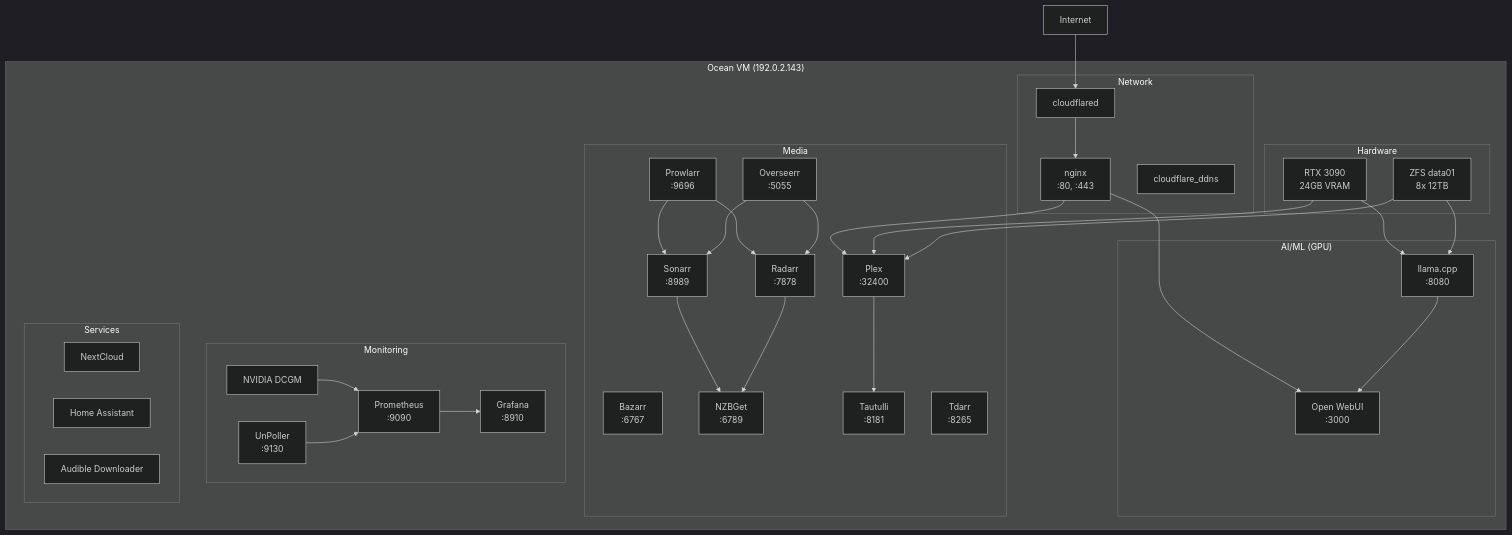
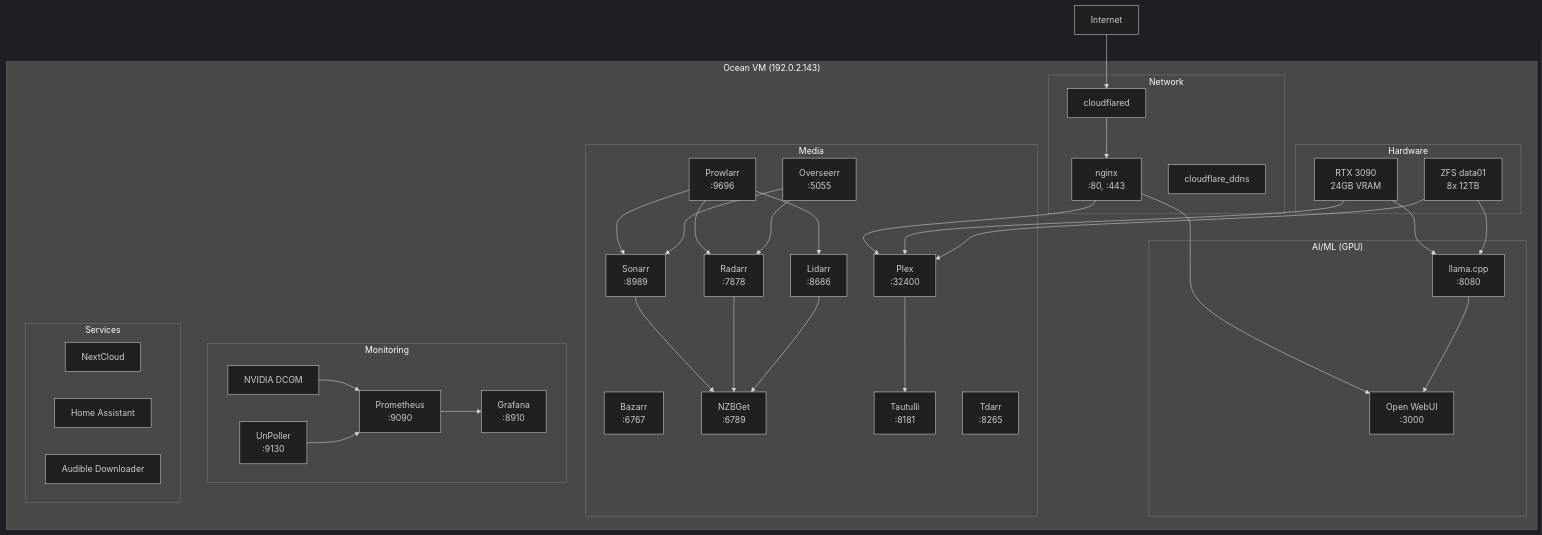
The diagram in docs/architecture/ocean-services.md (bluefishforsale/homelab), drawn with Mermaid (dark theme) before and after one commit. The commit also changed other lines of this file and 14 other files, not shown here.

First line of the commit message:
lidarr: compose project on ocean, Prowlarr-synced, MP3 320 profile

````diff
--- a/docs/architecture/ocean-services.md
+++ b/docs/architecture/ocean-services.md
@@ -9,70 +9,73 @@
 ```mermaid
 graph TB
     subgraph ocean["Ocean VM (192.0.2.143)"]
         subgraph network["Network"]
             Nginx[nginx<br/>:80, :443]
             DDNS[cloudflare_ddns]
             Cloudflared[cloudflared]
         end
         
         subgraph ai["AI/ML (GPU)"]
             LlamaCpp[llama.cpp<br/>:8080]
             OpenWebUI[Open WebUI<br/>:3000]
         end
         
         subgraph media["Media"]
             Plex[Plex<br/>:32400]
             Sonarr[Sonarr<br/>:8989]
             Radarr[Radarr<br/>:7878]
+            Lidarr[Lidarr<br/>:8686]
             Prowlarr[Prowlarr<br/>:9696]
             Bazarr[Bazarr<br/>:6767]
             NZBGet[NZBGet<br/>:6789]
             Overseerr[Overseerr<br/>:5055]
             Tautulli[Tautulli<br/>:8181]
             Tdarr[Tdarr<br/>:8265]
         end
         
         subgraph monitoring["Monitoring"]
             Prometheus[Prometheus<br/>:9090]
             Grafana[Grafana<br/>:8910]
             DCGM[NVIDIA DCGM]
             UnPoller[UnPoller<br/>:9130]
         end
         
         subgraph services["Services"]
             NextCloud[NextCloud]
             HomeAssistant[Home Assistant]
             Audible[Audible Downloader]
         end
         
         subgraph hardware["Hardware"]
             GPU[RTX 3090<br/>24GB VRAM]
             ZFS[ZFS data01<br/>8x 12TB]
         end
     end
     
     Internet[Internet] --> Cloudflared
     Cloudflared --> Nginx
     Nginx --> Plex
     Nginx --> OpenWebUI
     
     Prowlarr --> Sonarr
     Prowlarr --> Radarr
+    Prowlarr --> Lidarr
     Sonarr --> NZBGet
     Radarr --> NZBGet
+    Lidarr --> NZBGet
     
     Plex --> Tautulli
     Overseerr --> Sonarr
     Overseerr --> Radarr
     
     LlamaCpp --> OpenWebUI
     GPU --> LlamaCpp
     GPU --> Plex
     
     Prometheus --> Grafana
     DCGM --> Prometheus
     UnPoller --> Prometheus
     
     ZFS --> Plex
     ZFS --> LlamaCpp
 ```
````
